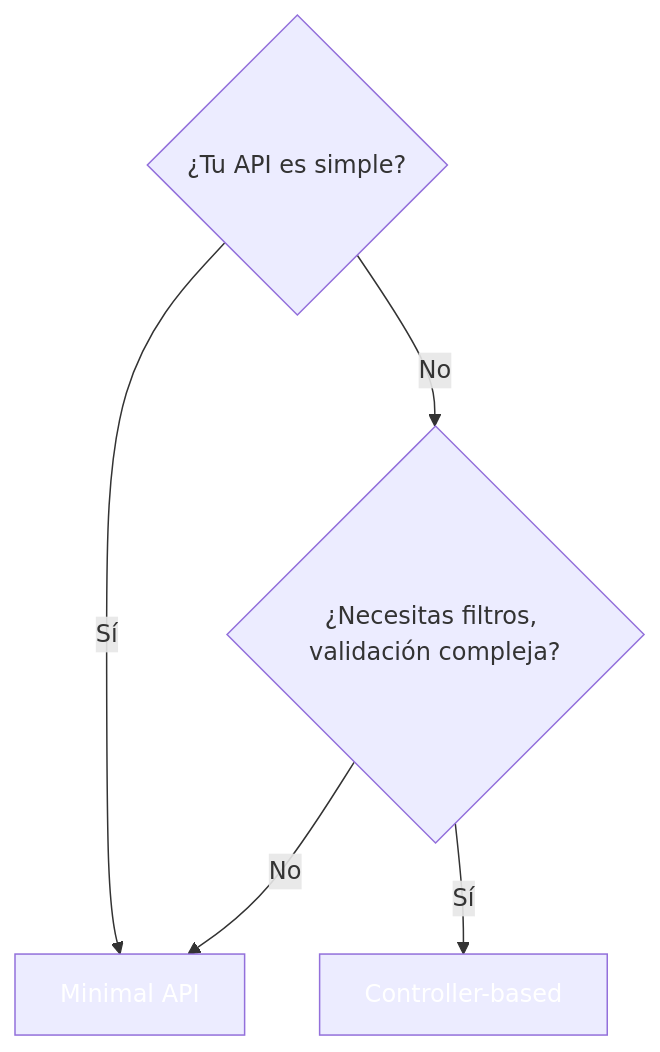
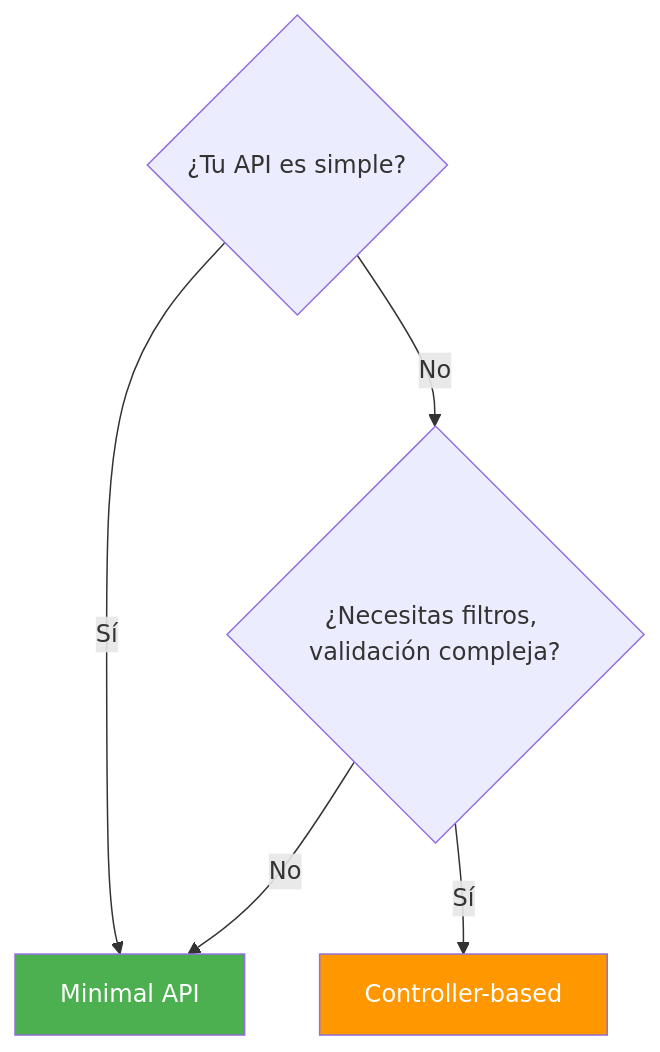
The second of 4 diagrams in 03-minimal-apis.md (joseluisgs/DesarrolloWebEntornosServidor-02-2026-2027), drawn with Mermaid before and after one commit. The commit also changed other lines of this file and 29 other files, not shown here.

Commit message:
docs: corregir estilos Mermaid y estilo, quitar referencias a la Tienda y reestructurar los retos 13 y 15

````diff
--- a/03-minimal-apis.md
+++ b/03-minimal-apis.md
@@ -87,9 +87,9 @@
 ```mermaid
 flowchart TD
     A{"¿Tu API es simple?"} -->|Sí| B["Minimal API"]
     A -->|No| C{"¿Necesitas filtros, validación compleja?"}
     C -->|No| B
     C -->|Sí| D["Controller-based"]
-    style B fill:#4CAF5,color:#fff0,color:#fff
-    style D fill:#FF980,color:#fff0,color:#fff
+    style B fill:#4CAF50,color:#fff
+    style D fill:#FF9800,color:#fff
 ```
````
